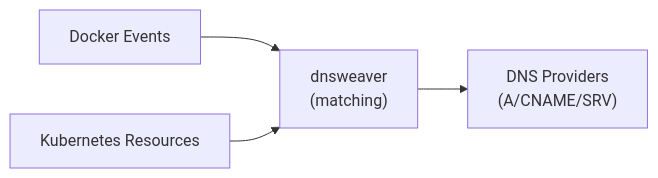
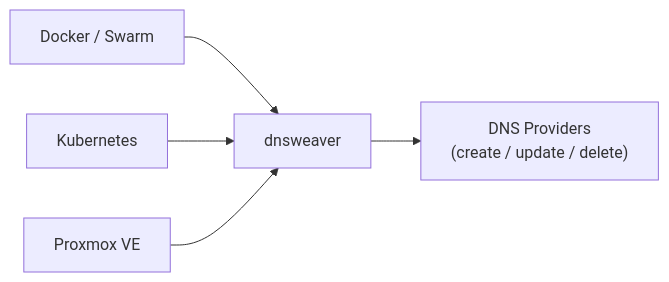
One commit to AnotherGenZ/dnsweaver changed the diagram in README.md. Above: the diagram before and after it, drawn with Mermaid. The commit also changed other lines of this file and 13 other files, not shown here.

````diff
--- a/README.md
+++ b/README.md
@@ -79,6 +79,7 @@
 ```mermaid
 flowchart LR
-    A["Docker Events"] --> B["dnsweaver<br/>(matching)"]
-    D["Kubernetes Resources"] --> B
-    B --> C["DNS Providers<br/>(A/CNAME/SRV)"]
+    A["Docker / Swarm"] --> B["dnsweaver"]
+    D["Kubernetes"] --> B
+    P["Proxmox VE"] --> B
+    B --> C["DNS Providers<br/>(create / update / delete)"]
 ```
````
